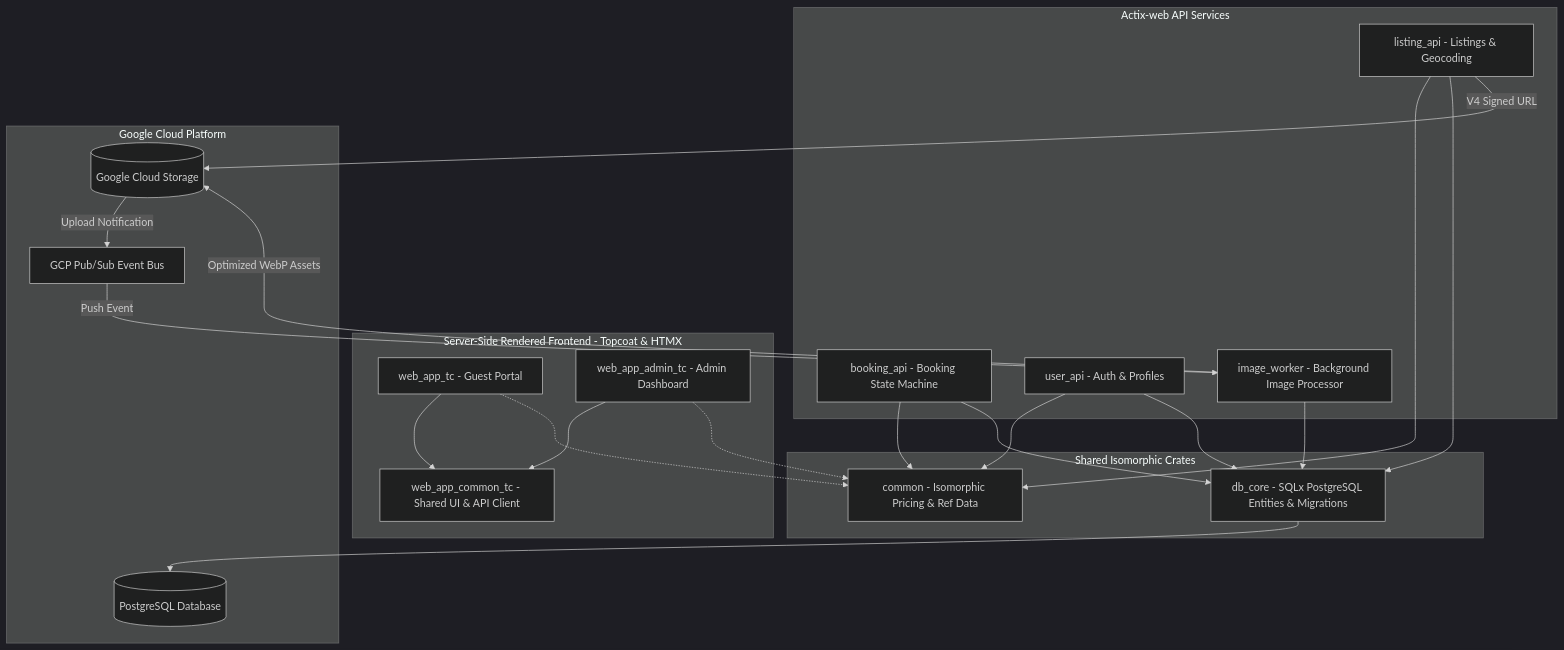
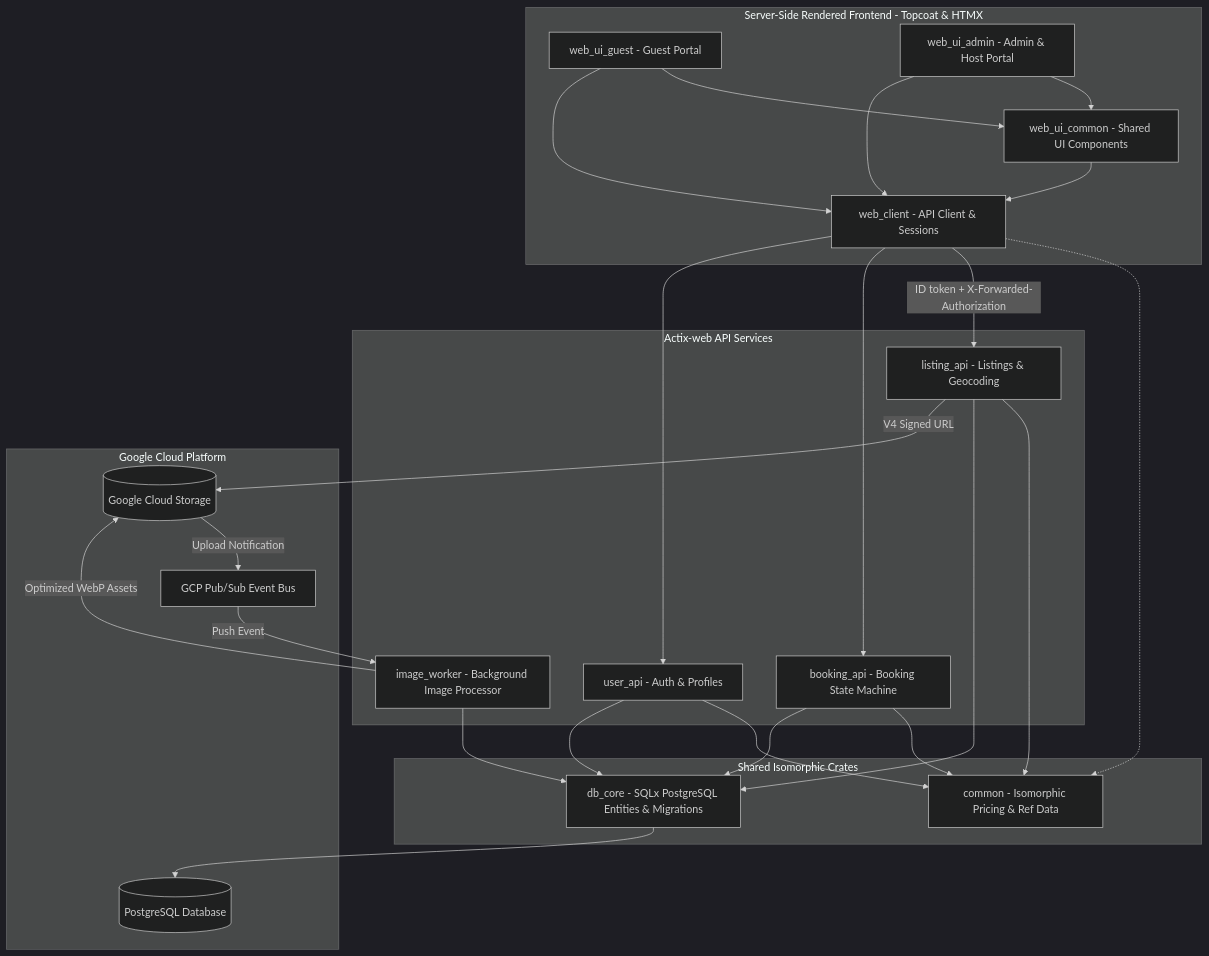
The first of 4 diagrams in docs/ARCHITECTURE.md (pavelbyles/our_places_rs), drawn with Mermaid (dark theme) before and after one commit. The commit also changed other lines of this file and 120 other files, not shown here.

````diff
--- a/docs/ARCHITECTURE.md
+++ b/docs/ARCHITECTURE.md
@@ -19,39 +19,45 @@
 ```mermaid
 flowchart TB
     subgraph s1["Server-Side Rendered Frontend - Topcoat & HTMX"]
-        WA["web_app_tc - Guest Portal"]
-        WAA["web_app_admin_tc - Admin Dashboard"]
-        WAC["web_app_common_tc - Shared UI & API Client"]
+        WA["web_ui_guest - Guest Portal"]
+        WAA["web_ui_admin - Admin & Host Portal"]
+        WUC["web_ui_common - Shared UI Components"]
+        WAC["web_client - API Client & Sessions"]
     end
     subgraph s2["Shared Isomorphic Crates"]
         COM["common - Isomorphic Pricing & Ref Data"]
         DBC["db_core - SQLx PostgreSQL Entities & Migrations"]
     end
     subgraph s3["Actix-web API Services"]
         LA["listing_api - Listings & Geocoding"]
         BA["booking_api - Booking State Machine"]
         UA["user_api - Auth & Profiles"]
         IW["image_worker - Background Image Processor"]
     end
     subgraph s4["Google Cloud Platform"]
         PG[("PostgreSQL Database")]
         GCS[("Google Cloud Storage")]
         PS["GCP Pub/Sub Event Bus"]
     end
+    WA --> WUC
+    WAA --> WUC
+    WUC --> WAC
     WA --> WAC
     WAA --> WAC
-    WA -.-> COM
-    WAA -.-> COM
+    WAC -.-> COM
+    WAC -- "ID token + X-Forwarded-Authorization" --> LA
+    WAC --> BA
+    WAC --> UA
     LA --> COM
     LA --> DBC
     BA --> COM
     BA --> DBC
     UA --> COM
     UA --> DBC
     IW --> DBC
     DBC --> PG
     LA -- V4 Signed URL --> GCS
     GCS -- Upload Notification --> PS
     PS -- Push Event --> IW
     IW -- Optimized WebP Assets --> GCS
 ```
````
